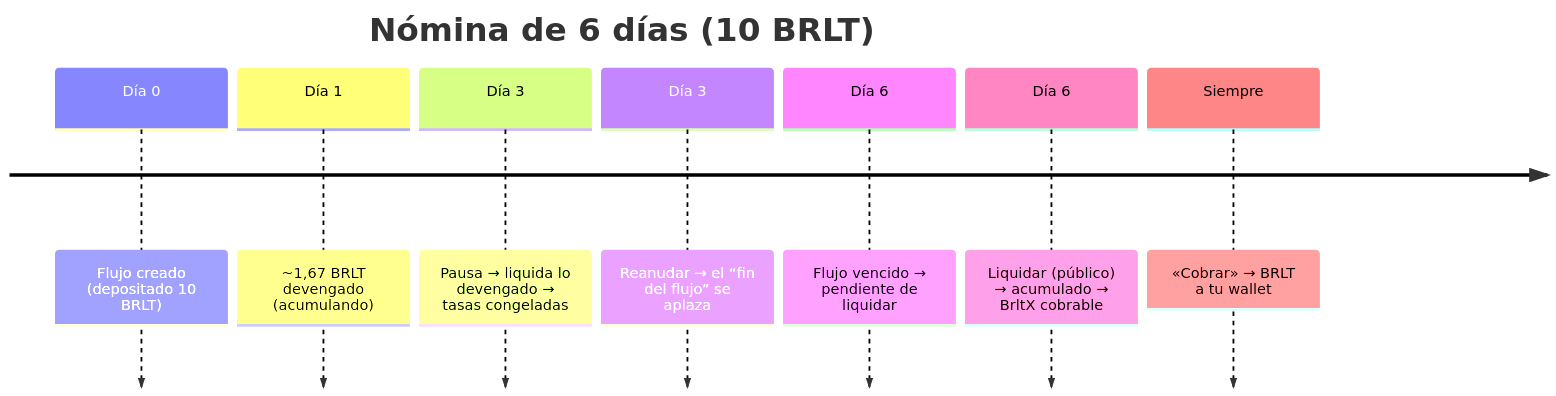
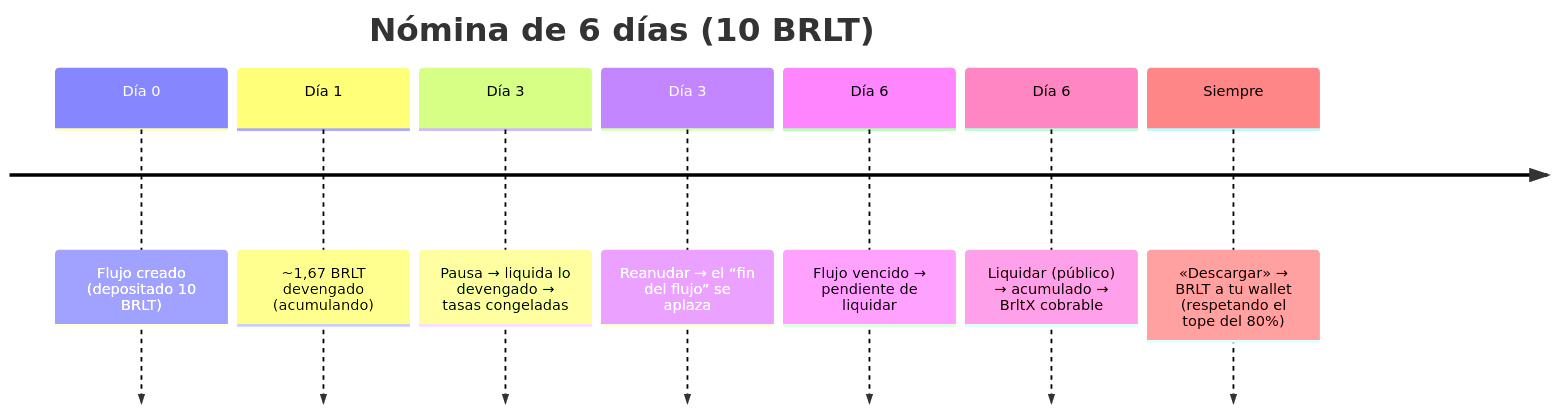
The first of 2 diagrams in docs/Manuales/03-Implementacion/03-implementacion.md (anlucorporations/superfluid), drawn with Mermaid before and after one commit. The commit also changed other lines of this file and 64 other files, not shown here.

First line of the commit message:
Manuales y casos de uso: Portal del Empleado, validacion de wallet y downgrade tope 80% (CU-17)

````diff
--- a/docs/Manuales/03-Implementacion/03-implementacion.md
+++ b/docs/Manuales/03-Implementacion/03-implementacion.md
@@ -14,11 +17,11 @@
 ```mermaid
 timeline
     title Nómina de 6 días (10 BRLT)
     Día 0 : Flujo creado (depositado 10 BRLT)
     Día 1 : ~1,67 BRLT devengado (acumulando)
     Día 3 : Pausa → liquida lo devengado → tasas congeladas
     Día 3 : Reanudar → el “fin del flujo” se aplaza
     Día 6 : Flujo vencido → pendiente de liquidar
     Día 6 : Liquidar (público) → acumulado → BrltX cobrable
-    Siempre : «Cobrar» → BRLT a tu wallet
+    Siempre : «Descargar» → BRLT a tu wallet (respetando el tope del 80%)
 ```
````
